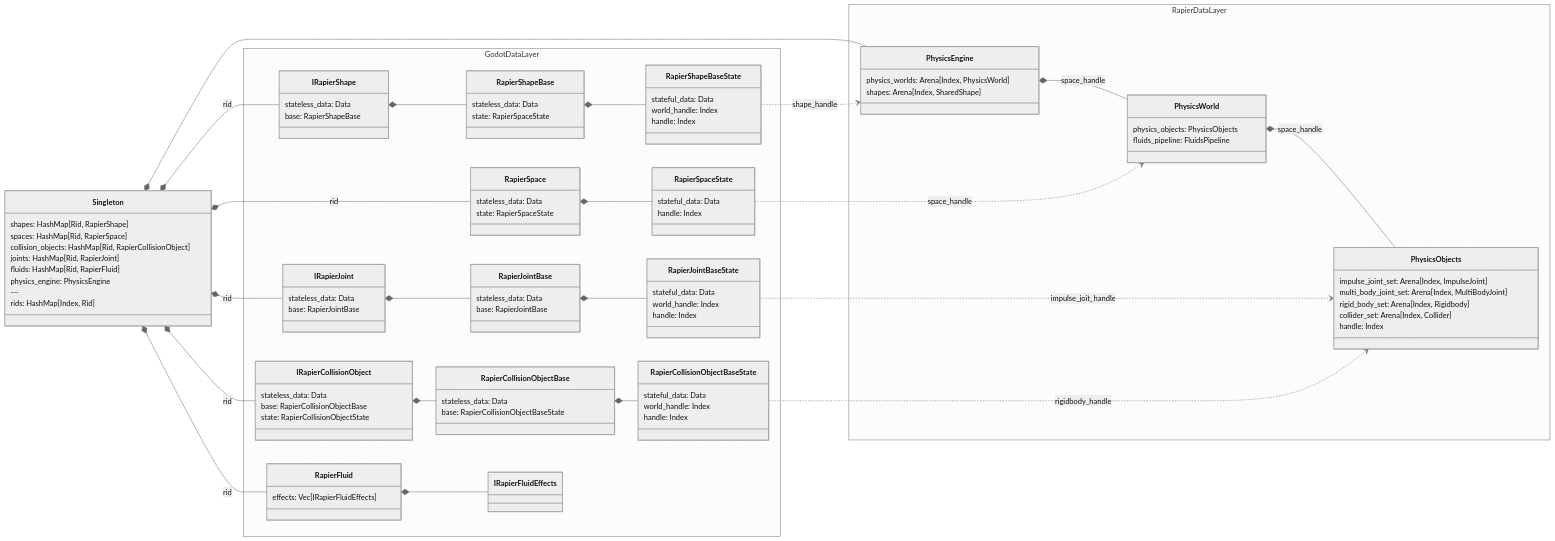
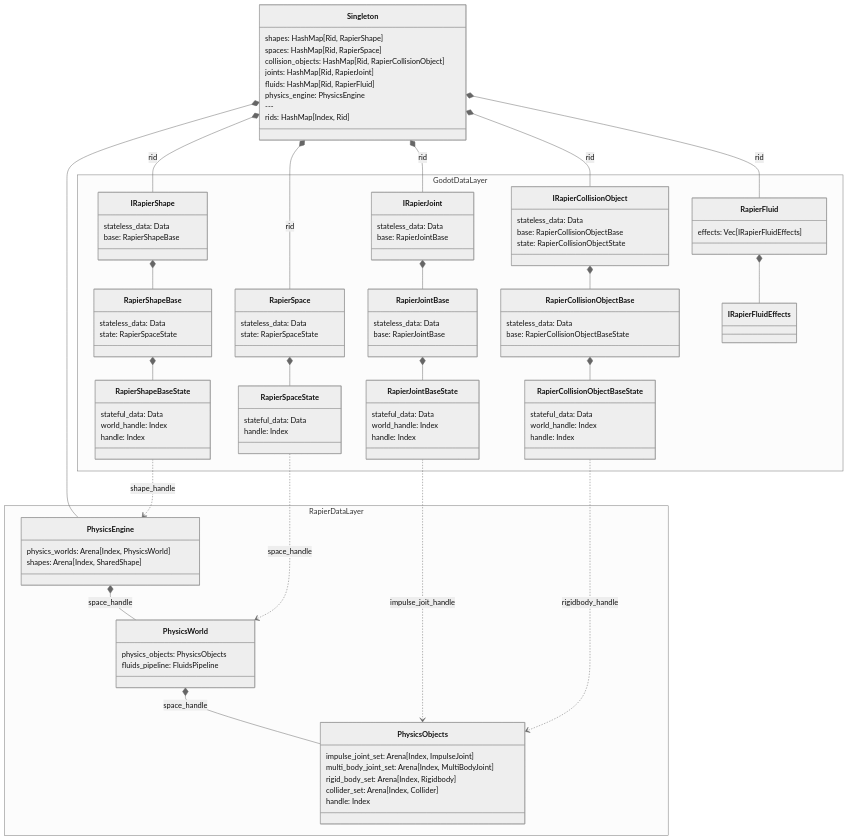
One commit to appsinacup/godot-rapier-physics changed the first of 3 diagrams in ARCHITECTURE.md. Above: the diagram before and after it, drawn with Mermaid (neutral theme).

````diff
--- a/ARCHITECTURE.md
+++ b/ARCHITECTURE.md
@@ -9,6 +9,5 @@
 ```mermaid
 classDiagram
-direction LR
 namespace Godot Data Layer {
     class RapierSpace {
         stateless_data: Data
````
